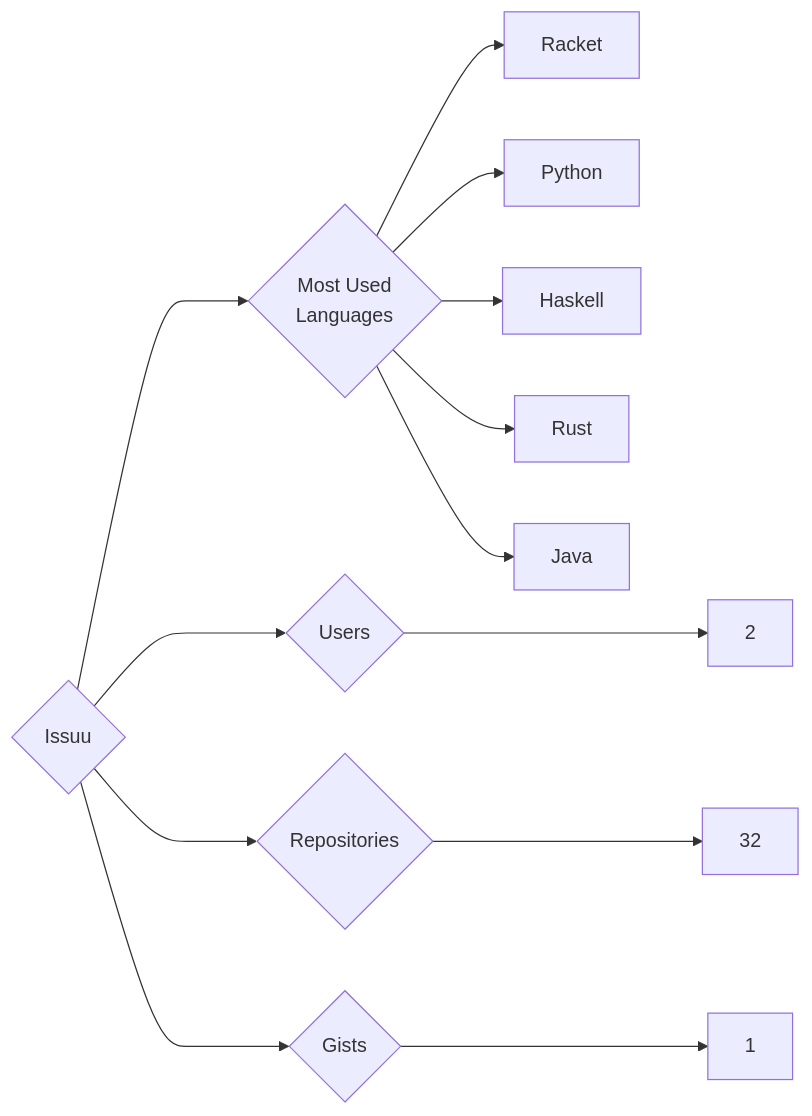
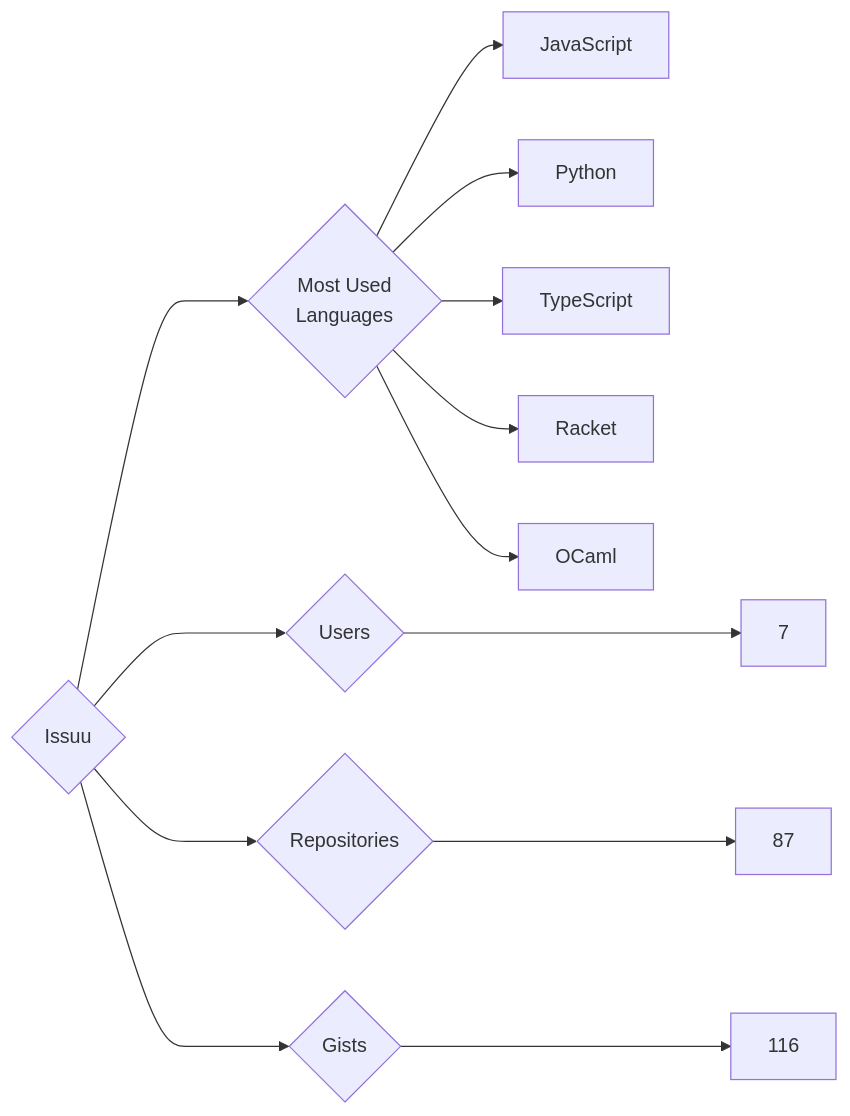
One commit to trickest/insiders changed the diagram in targets/Issuu/README.md. Above: the diagram before and after it, drawn with Mermaid. The commit also changed 736 other files, not shown here.

````diff
--- a/targets/Issuu/README.md
+++ b/targets/Issuu/README.md
@@ -3,13 +3,13 @@
 ```mermaid
 graph LR
 COMPANY_NAME{Issuu}
-COMPANY_NAME ---> U{Users} ---> UN[2]
-COMPANY_NAME ---> R{Repositories} ---> RN[32]
-COMPANY_NAME ---> G{Gists} ---> GN[1]
+COMPANY_NAME ---> U{Users} ---> UN[7]
+COMPANY_NAME ---> R{Repositories} ---> RN[87]
+COMPANY_NAME ---> G{Gists} ---> GN[116]
 COMPANY_NAME ---> ML{Most Used<br>Languages}
+ML --> JavaScript[JavaScript]
+ML --> Python[Python]
+ML --> TypeScript[TypeScript]
 ML --> Racket[Racket]
-ML --> Python[Python]
-ML --> Haskell[Haskell]
-ML --> Rust[Rust]
-ML --> Java[Java]
+ML --> OCaml[OCaml]
 ```
````
